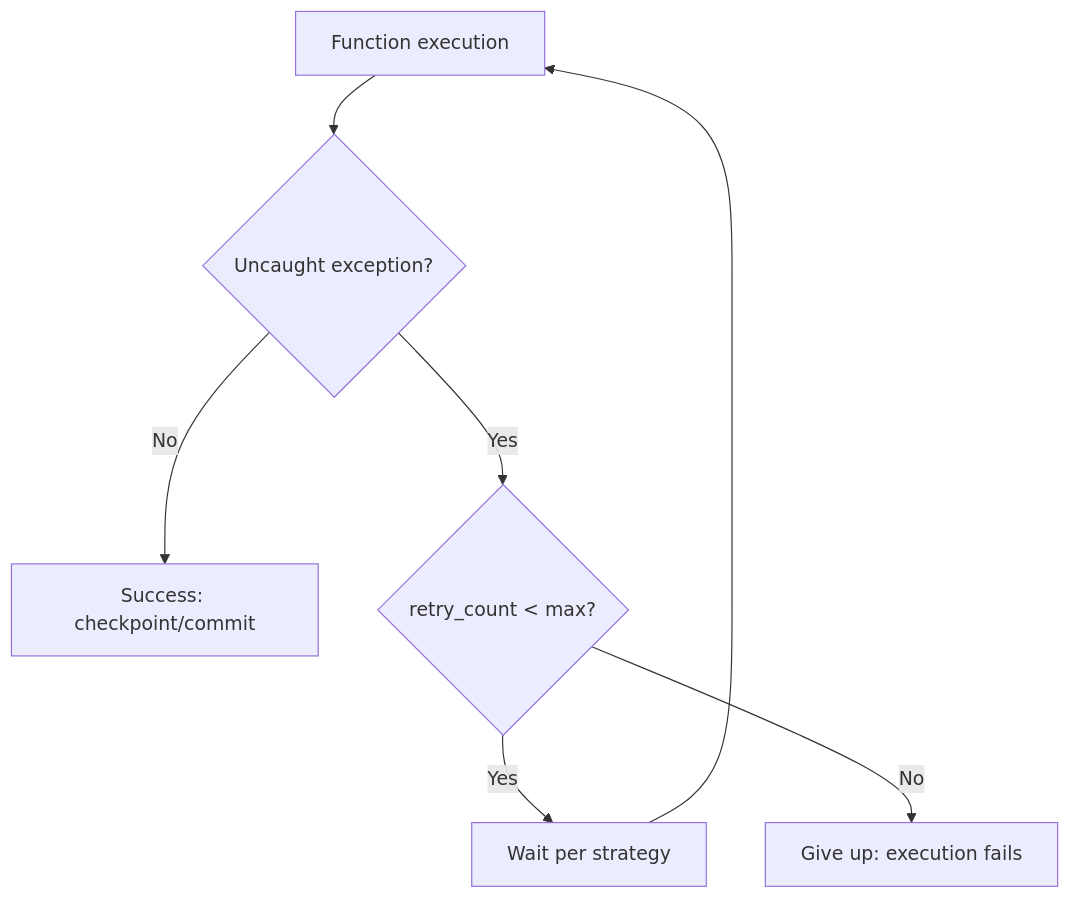
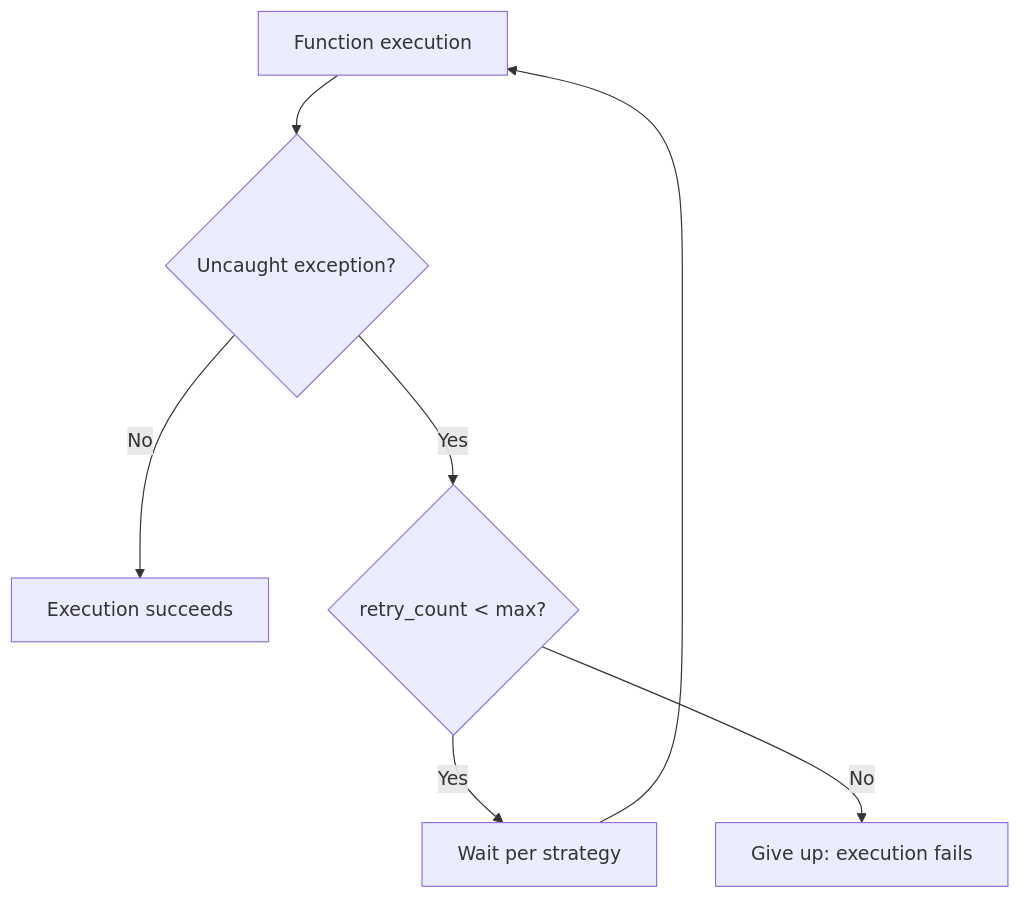
Before and after one commit to yeongseon/azure-functions-practical-guide: the diagram in docs/language-guides/python/recipes/retry.md, drawn with Mermaid. The commit also changed other lines of this file and 2 other files, not shown here.

````diff
--- a/docs/language-guides/python/recipes/retry.md
+++ b/docs/language-guides/python/recipes/retry.md
@@ -34,8 +34,8 @@
 ```mermaid
 flowchart TD
     EXEC[Function execution] --> ERR{Uncaught exception?}
-    ERR -->|No| DONE[Success: checkpoint/commit]
+    ERR -->|No| DONE[Execution succeeds]
     ERR -->|Yes| COUNT{retry_count < max?}
     COUNT -->|Yes| WAIT[Wait per strategy] --> EXEC
     COUNT -->|No| FAIL[Give up: execution fails]
 ```
````
